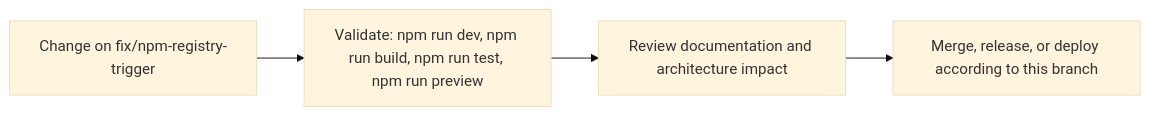
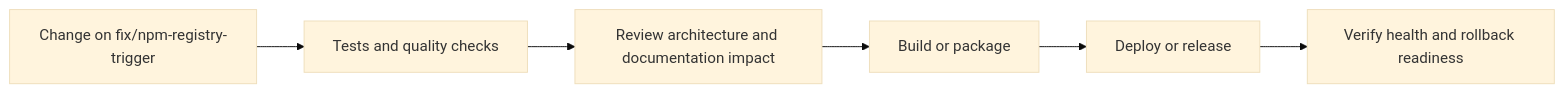
One commit to Nischhalsubba/neverwinter-lockbox-vault changed the fifth of 6 diagrams in README.md. Above: the diagram before and after it, drawn with Mermaid (base theme). The commit also changed other lines of this file, not shown here.

````diff
--- a/README.md
+++ b/README.md
@@ -69,8 +164,8 @@
 ```mermaid
 flowchart LR
-    CHANGE["Change on fix/npm-registry-trigger"]
-    CHECK["Validate: npm run dev, npm run build, npm run test, npm run preview"]
-    REVIEW["Review documentation and architecture impact"]
-    RELEASE["Merge, release, or deploy according to this branch"]
-    CHANGE --> CHECK --> REVIEW --> RELEASE
+    CHANGE["Change on fix/npm-registry-trigger"] --> CHECK["Tests and quality checks"]
+    CHECK --> REVIEW["Review architecture and documentation impact"]
+    REVIEW --> BUILD["Build or package"]
+    BUILD --> DEPLOY["Deploy or release"]
+    DEPLOY --> VERIFY["Verify health and rollback readiness"]
 ```
````
